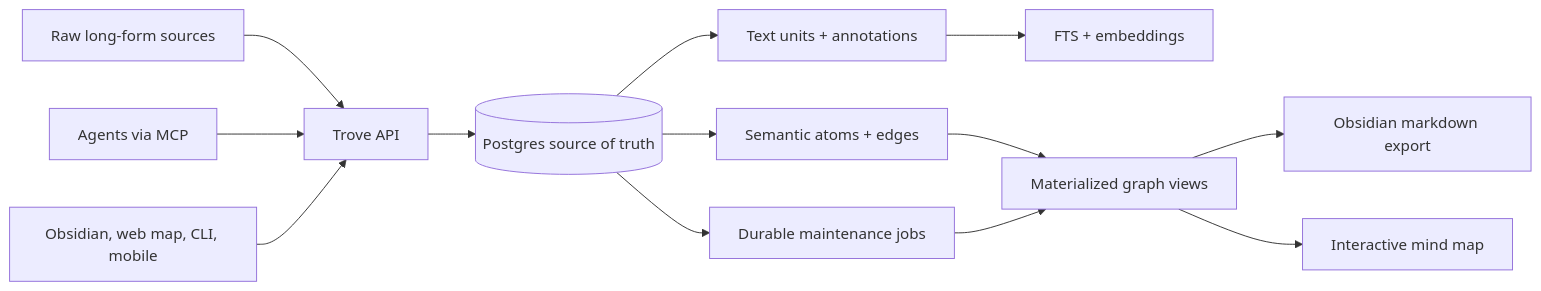
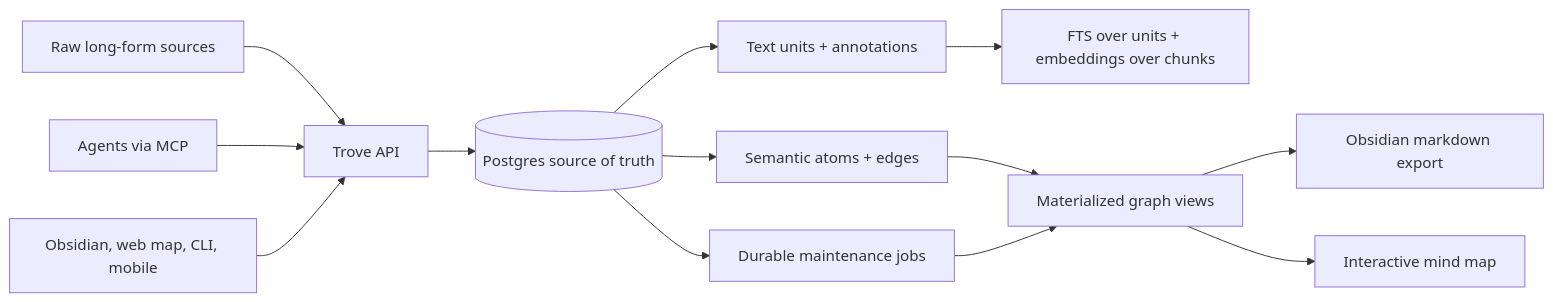
One commit to anunay999/trove changed the first of 3 diagrams in docs/architecture.md. Above: the diagram before and after it, drawn with Mermaid. The commit also changed other lines of this file and 4 other files, not shown here.

````diff
--- a/docs/architecture.md
+++ b/docs/architecture.md
@@ -19,15 +19,15 @@
 ```mermaid
 flowchart LR
   Sources["Raw long-form sources"] --> API["Trove API"]
   Agents["Agents via MCP"] --> API
   Apps["Obsidian, web map, CLI, mobile"] --> API
   API --> DB[("Postgres source of truth")]
   DB --> Units["Text units + annotations"]
   DB --> Graph["Semantic atoms + edges"]
   DB --> Jobs["Durable maintenance jobs"]
-  Units --> Search["FTS + embeddings"]
+  Units --> Search["FTS over units + embeddings over chunks"]
   Graph --> Views["Materialized graph views"]
   Jobs --> Views
   Views --> Markdown["Obsidian markdown export"]
   Views --> MindMap["Interactive mind map"]
 ```
````
